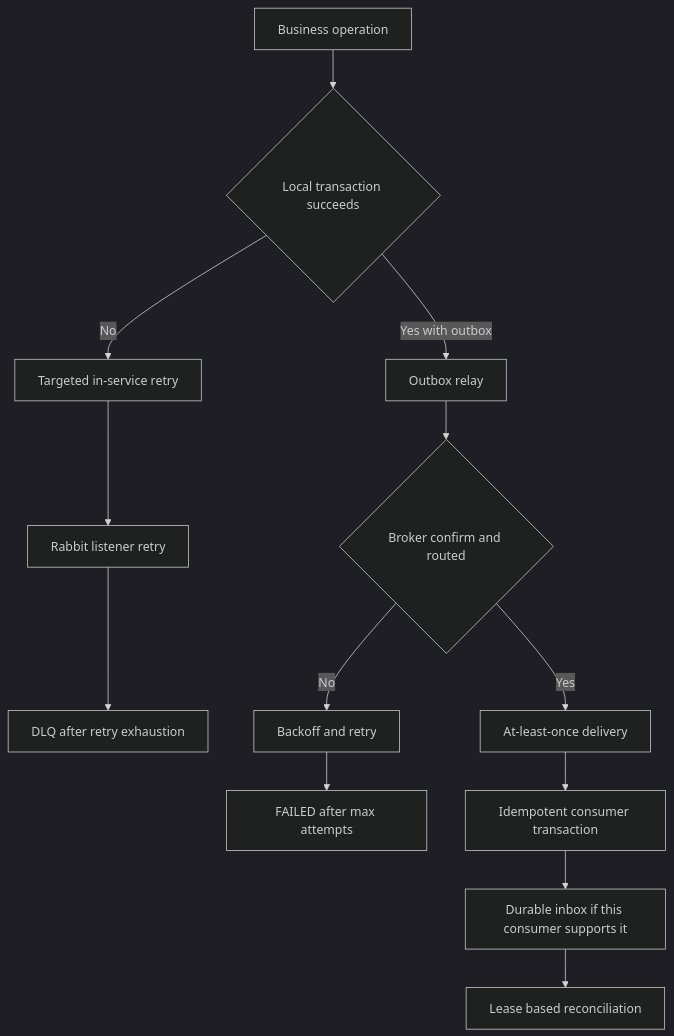
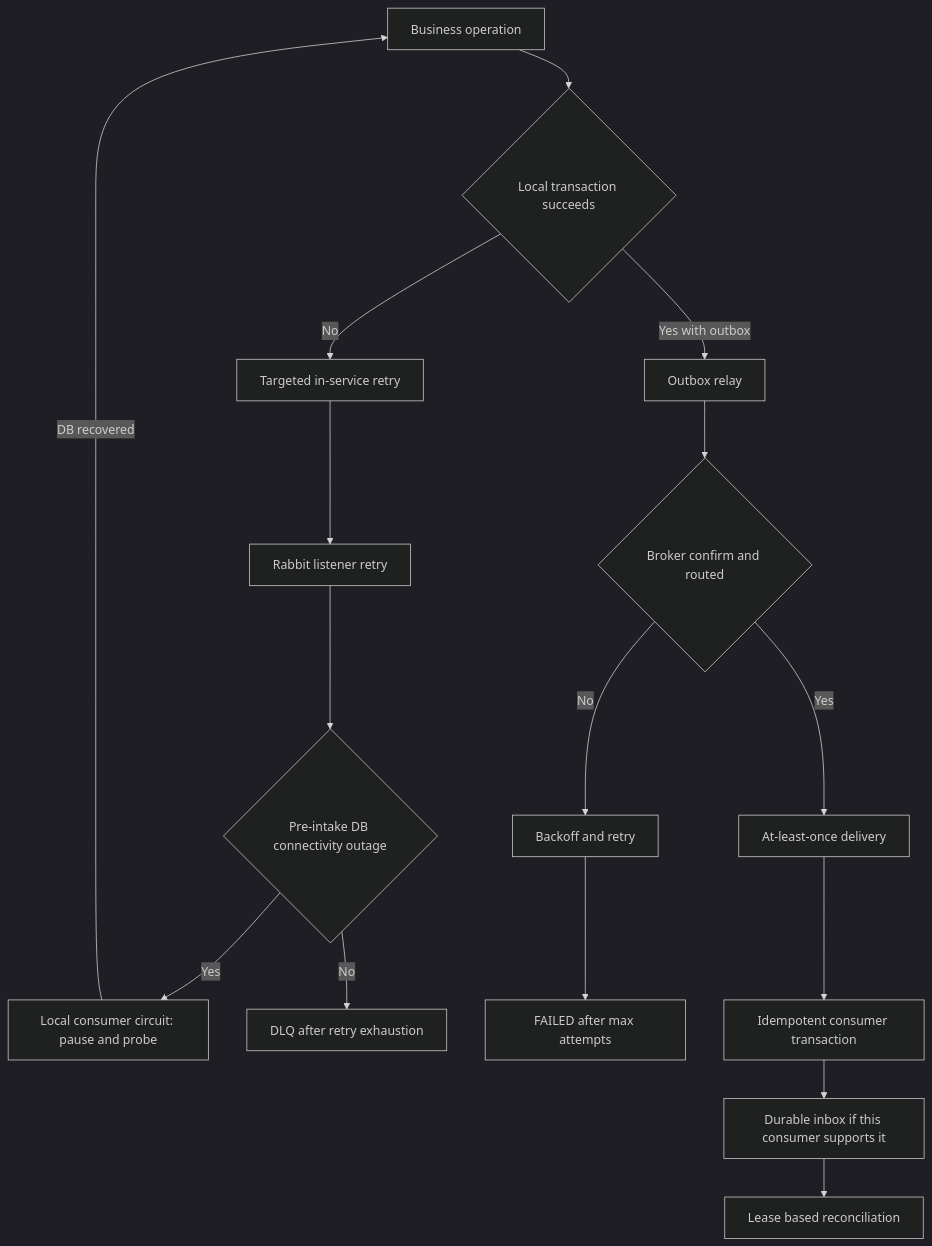
Before and after one commit to Yitin-tsai/eap-infra: the seventh of 8 diagrams in docs/order-event-lifecycle.zh-TW.md, drawn with Mermaid (dark theme). The commit also changed other lines of this file and 20 other files, not shown here.

````diff
--- a/docs/order-event-lifecycle.zh-TW.md
+++ b/docs/order-event-lifecycle.zh-TW.md
@@ -526,15 +528,18 @@
 ```mermaid
 graph TD
     operation["Business operation"] --> localTx{"Local transaction succeeds"}
     localTx -->|"No"| appRetry["Targeted in-service retry"]
     appRetry --> brokerRetry["Rabbit listener retry"]
-    brokerRetry --> dlq["DLQ after retry exhaustion"]
+    brokerRetry --> failureClass{"Pre-intake DB connectivity outage"}
+    failureClass -->|"Yes"| circuit["Local consumer circuit: pause and probe"]
+    circuit -->|"DB recovered"| operation
+    failureClass -->|"No"| dlq["DLQ after retry exhaustion"]
     localTx -->|"Yes with outbox"| relay["Outbox relay"]
     relay --> confirm{"Broker confirm and routed"}
     confirm -->|"No"| outboxRetry["Backoff and retry"]
     outboxRetry --> failed["FAILED after max attempts"]
     confirm -->|"Yes"| delivered["At-least-once delivery"]
     delivered --> consumer["Idempotent consumer transaction"]
     consumer --> inbox["Durable inbox if this consumer supports it"]
     inbox --> reconcile["Lease based reconciliation"]
 ```
````
